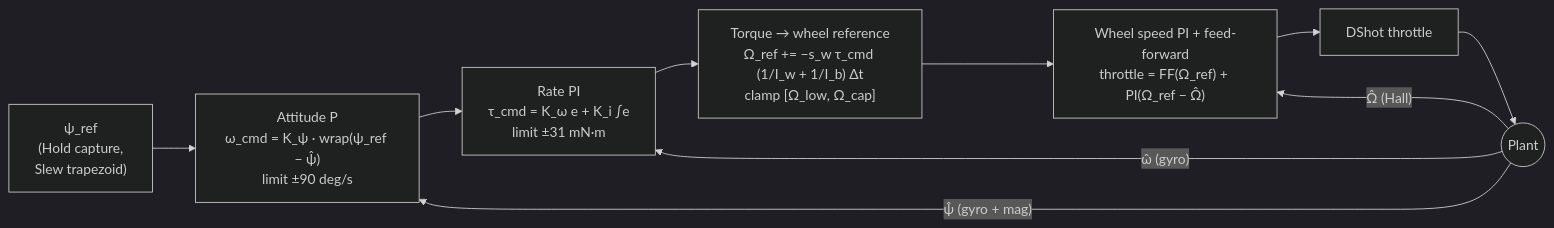
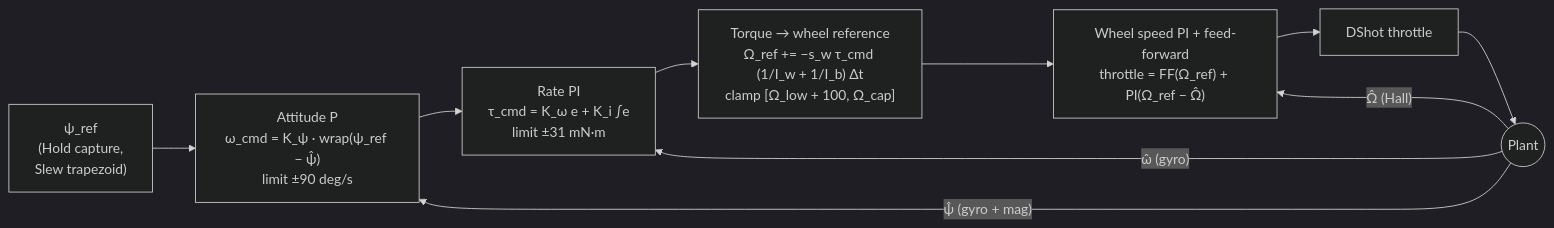
Before and after one commit to aarochu/DirecSun: the seventh of 13 diagrams in docs/firmware-design.md, drawn with Mermaid (dark theme). The commit also changed other lines of this file and 8 other files, not shown here.

````diff
--- a/docs/firmware-design.md
+++ b/docs/firmware-design.md
@@ -535,12 +535,12 @@
 ```mermaid
 flowchart LR
     REF["ψ_ref<br/>(Hold capture,<br/>Slew trapezoid)"] --> A["Attitude P<br/>ω_cmd = K_ψ · wrap(ψ_ref − ψ̂)<br/>limit ±90 deg/s"]
     A --> R["Rate PI<br/>τ_cmd = K_ω e + K_i ∫e<br/>limit ±31 mN·m"]
-    R --> W["Torque → wheel reference<br/>Ω_ref += −s_w τ_cmd (1/I_w + 1/I_b) Δt<br/>clamp [Ω_low, Ω_cap]"]
+    R --> W["Torque → wheel reference<br/>Ω_ref += −s_w τ_cmd (1/I_w + 1/I_b) Δt<br/>clamp [Ω_low + 100, Ω_cap]"]
     W --> S["Wheel speed PI + feed-forward<br/>throttle = FF(Ω_ref) + PI(Ω_ref − Ω̂)"]
     S --> D["DShot throttle"]
     D --> P(("Plant"))
     P -- "ψ̂ (gyro + mag)" --> A
     P -- "ω̂ (gyro)" --> R
     P -- "Ω̂ (Hall)" --> S
 ```
````
